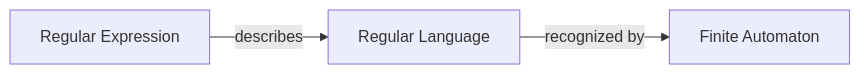
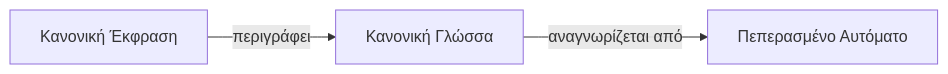
The second of 4 diagrams in Year_1/Semester_2/DISCRETE_MATHEMATICS/Resources/Notes/7_Automata Theory and Formal Languages.md (PanagopoulosNikolaos/DitOpenNotes), drawn with Mermaid before and after one commit. The commit also changed other lines of this file and 8 other files, not shown here.

````diff
--- a/Year_1/Semester_2/DISCRETE_MATHEMATICS/Resources/Notes/7_Automata Theory and Formal Languages.md
+++ b/Year_1/Semester_2/DISCRETE_MATHEMATICS/Resources/Notes/7_Automata Theory and Formal Languages.md
@@ -47,5 +47,5 @@
 ```mermaid
 graph LR
-    A[Regular Expression] --describes--> B[Regular Language];
-    B --recognized by--> C[Finite Automaton];
+    A[Κανονική Έκφραση] --περιγράφει--> B[Κανονική Γλώσσα];
+    B --αναγνωρίζεται από--> C[Πεπερασμένο Αυτόματο];
 ```
````
